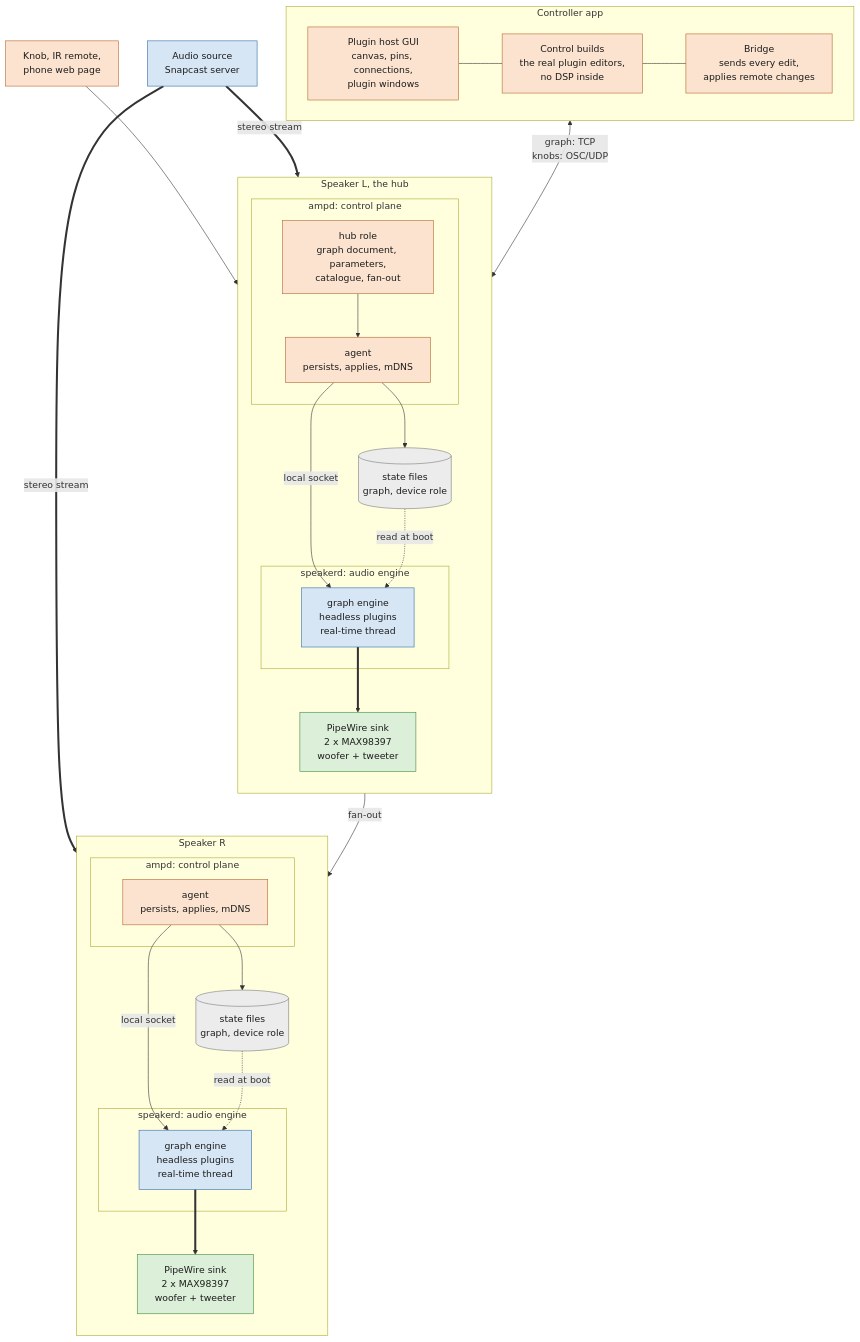
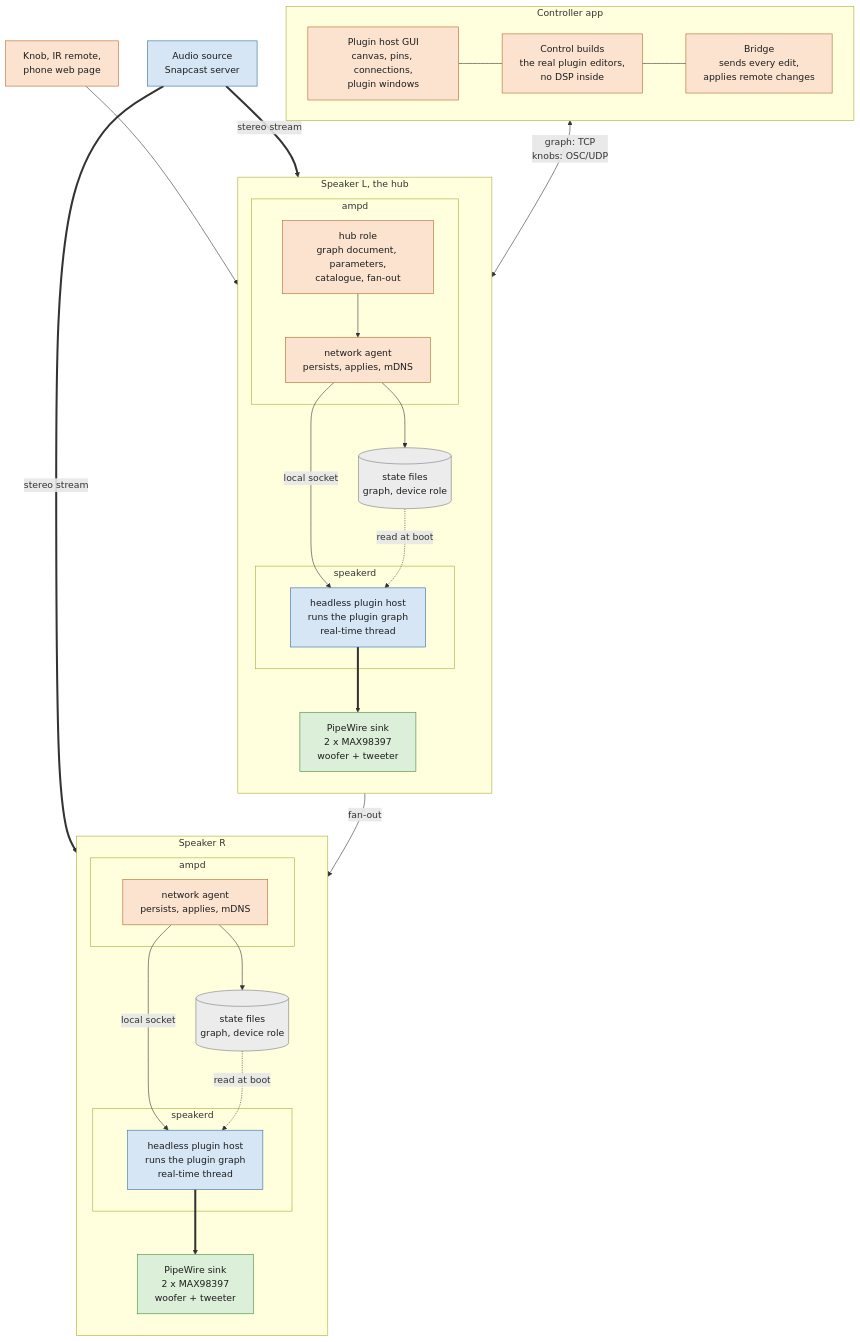
Before and after one commit to AMuszkat/bpi_amp_platform: the first of 10 diagrams in docs/remote-plugin-host.md, drawn with Mermaid. The commit also changed other lines of this file, not shown here.

First line of the commit message:
Define speakerd as the headless plugin host throughout the proposal

````diff
--- a/docs/remote-plugin-host.md
+++ b/docs/remote-plugin-host.md
@@ -28,58 +28,58 @@
 ```mermaid
 flowchart TB
     classDef ctl fill:#fbe3cf,stroke:#b4642a,color:#1d1d1d
     classDef aud fill:#d6e6f5,stroke:#2f6aa3,color:#1d1d1d
     classDef sto fill:#ececec,stroke:#7a7a7a,color:#1d1d1d
     classDef hw fill:#dcefd9,stroke:#3d8a3a,color:#1d1d1d
 
     subgraph CTRL["Controller app"]
         direction LR
         gui["Plugin host GUI<br/>canvas, pins, connections,<br/>plugin windows"]:::ctl
         cb["Control builds<br/>the real plugin editors,<br/>no DSP inside"]:::ctl
         br["Bridge<br/>sends every edit,<br/>applies remote changes"]:::ctl
         gui --- cb --- br
     end
 
     local["Knob, IR remote,<br/>phone web page"]:::ctl
     src["Audio source<br/>Snapcast server"]:::aud
 
     subgraph SR["Speaker R"]
         direction TB
-        subgraph AR["ampd: control plane"]
-            agR["agent<br/>persists, applies, mDNS"]:::ctl
+        subgraph AR["ampd"]
+            agR["network agent<br/>persists, applies, mDNS"]:::ctl
         end
         stR[("state files<br/>graph, device role")]:::sto
-        subgraph SDR["speakerd: audio engine"]
-            engR["graph engine<br/>headless plugins<br/>real-time thread"]:::aud
+        subgraph SDR["speakerd"]
+            engR["headless plugin host<br/>runs the plugin graph<br/>real-time thread"]:::aud
         end
         ampR["PipeWire sink<br/>2 x MAX98397<br/>woofer + tweeter"]:::hw
         agR -- "local socket" --> engR
         agR --> stR
         stR -. "read at boot" .-> engR
         engR ==> ampR
     end
 
     subgraph SL["Speaker L, the hub"]
         direction TB
-        subgraph AL["ampd: control plane"]
+        subgraph AL["ampd"]
             hub["hub role<br/>graph document, parameters,<br/>catalogue, fan-out"]:::ctl
-            agL["agent<br/>persists, applies, mDNS"]:::ctl
+            agL["network agent<br/>persists, applies, mDNS"]:::ctl
         end
         stL[("state files<br/>graph, device role")]:::sto
-        subgraph SDL["speakerd: audio engine"]
-            engL["graph engine<br/>headless plugins<br/>real-time thread"]:::aud
+        subgraph SDL["speakerd"]
+            engL["headless plugin host<br/>runs the plugin graph<br/>real-time thread"]:::aud
         end
         ampL["PipeWire sink<br/>2 x MAX98397<br/>woofer + tweeter"]:::hw
         hub --> agL
         agL -- "local socket" --> engL
         agL --> stL
         stL -. "read at boot" .-> engL
         engL ==> ampL
     end
 
     br <-- "graph: TCP<br/>knobs: OSC/UDP" --> hub
     local --> hub
     hub -- "fan-out" --> agR
     src == "stereo stream" ==> engL
     src == "stereo stream" ==> engR
 ```
````
